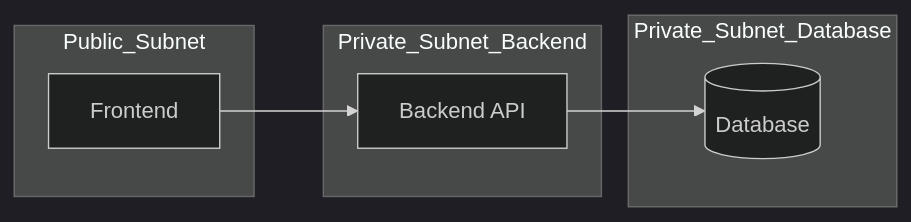
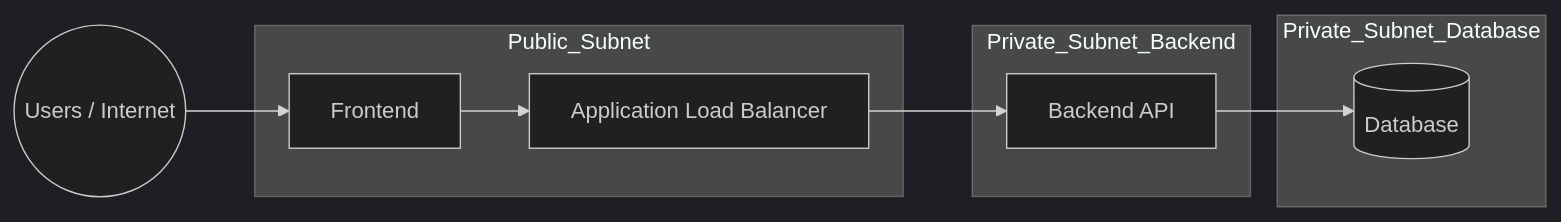
Before and after one commit to qzee-dev/terraform-3tier-architecture: the diagram in README.md, drawn with Mermaid (dark theme). The commit also changed other lines of this file, not shown here.

````diff
--- a/README.md
+++ b/README.md
@@ -20,16 +21,22 @@
 ```mermaid
 flowchart LR
+    Users((Users / Internet))
+
     subgraph Public_Subnet
-        A[Frontend]
+        FE[Frontend]
+        ALB[Application Load Balancer]
     end
 
     subgraph Private_Subnet_Backend
-        B[Backend API]
+        BE[Backend API]
     end
 
     subgraph Private_Subnet_Database
-        C[(Database)]
+        DB[(Database)]
     end
 
-    A --> B --> C
+    Users --> FE
+    FE --> ALB
+    ALB --> BE
+    BE --> DB
 ```
````
